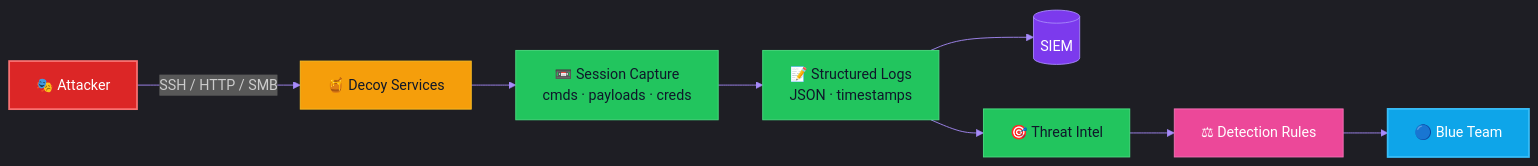
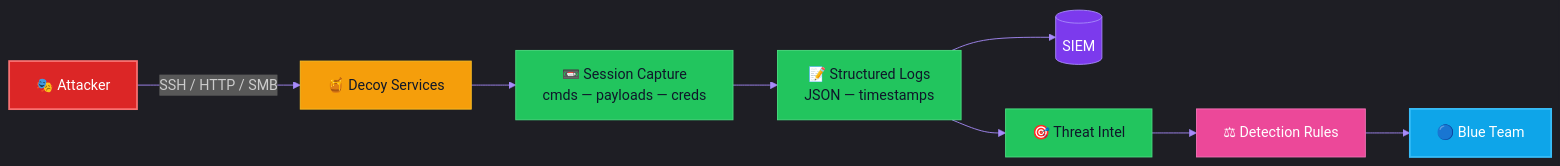
One commit to lloredia/lloredia changed the third of 8 diagrams in README.md. Above: the diagram before and after it, drawn with Mermaid. The commit also changed other lines of this file, not shown here.

First line of the commit message:
Fix mermaid diagrams + add diagrams to remaining 3 projects

````diff
--- a/README.md
+++ b/README.md
@@ -425,17 +424,17 @@
 ```mermaid
 %%{init: {'theme':'dark','themeVariables':{'primaryColor':'#1E293B','primaryTextColor':'#E2E8F0','primaryBorderColor':'#7C3AED','lineColor':'#A78BFA','fontFamily':'Fira Code'}}}%%
 flowchart LR
-    ATK[🎭 Attacker]:::red -->|SSH / HTTP / SMB| LURE[🍯 Decoy Services]:::lure
-    LURE --> CAP[📼 Session Capture<br/>cmds · payloads · creds]:::core
-    CAP --> LOG[📝 Structured Logs<br/>JSON · timestamps]:::core
-    LOG --> SIEM[(SIEM)]:::data
-    LOG --> TI[🎯 Threat Intel]:::core
-    TI --> RULES[⚖ Detection Rules]:::rules
-    RULES --> SOC[🔵 Blue Team]:::blue
+    ATK["🎭 Attacker"]:::red -->|"SSH / HTTP / SMB"| LURE["🍯 Decoy Services"]:::lure
+    LURE --> CAP["📼 Session Capture<br/>cmds — payloads — creds"]:::core
+    CAP --> LOG["📝 Structured Logs<br/>JSON — timestamps"]:::core
+    LOG --> SIEM[("SIEM")]:::data
+    LOG --> TI["🎯 Threat Intel"]:::core
+    TI --> RULES["⚖ Detection Rules"]:::rules
+    RULES --> SOC["🔵 Blue Team"]:::blue
     classDef red fill:#DC2626,stroke:#F87171,color:#fff,stroke-width:2px
     classDef lure fill:#F59E0B,stroke:#FBBF24,color:#0F172A
     classDef core fill:#22C55E,stroke:#4ADE80,color:#0F172A
     classDef data fill:#7C3AED,stroke:#A78BFA,color:#fff
     classDef rules fill:#EC4899,stroke:#F472B6,color:#fff
     classDef blue fill:#0EA5E9,stroke:#38BDF8,color:#fff,stroke-width:2px
 ```
````
